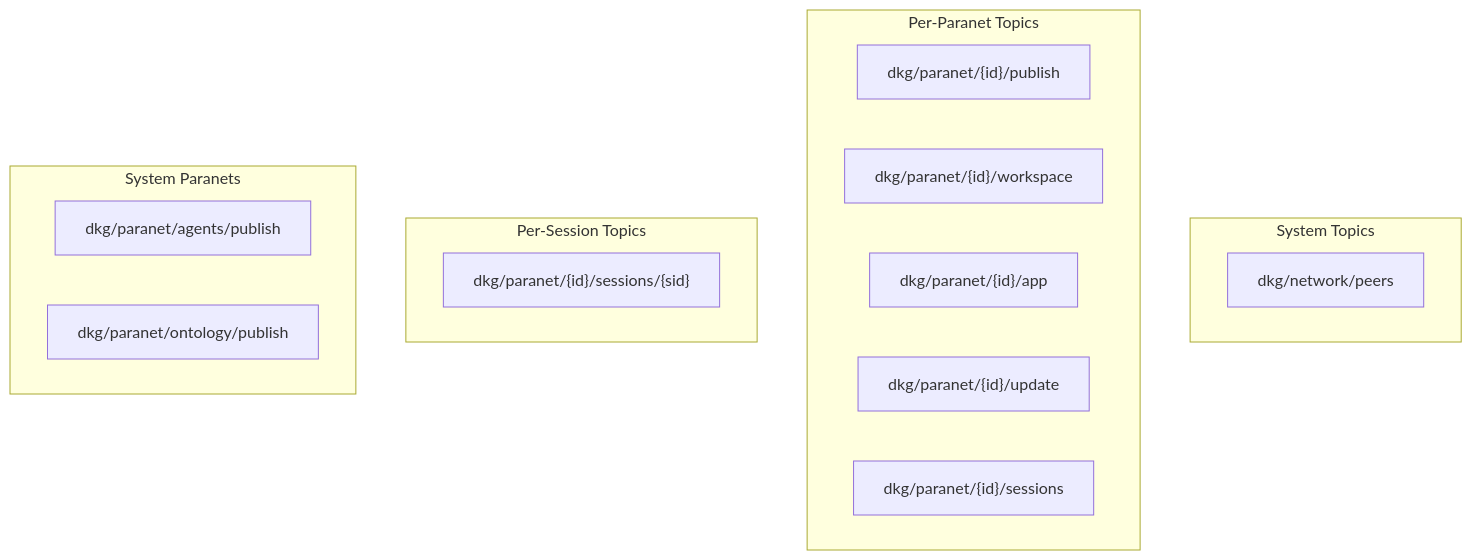
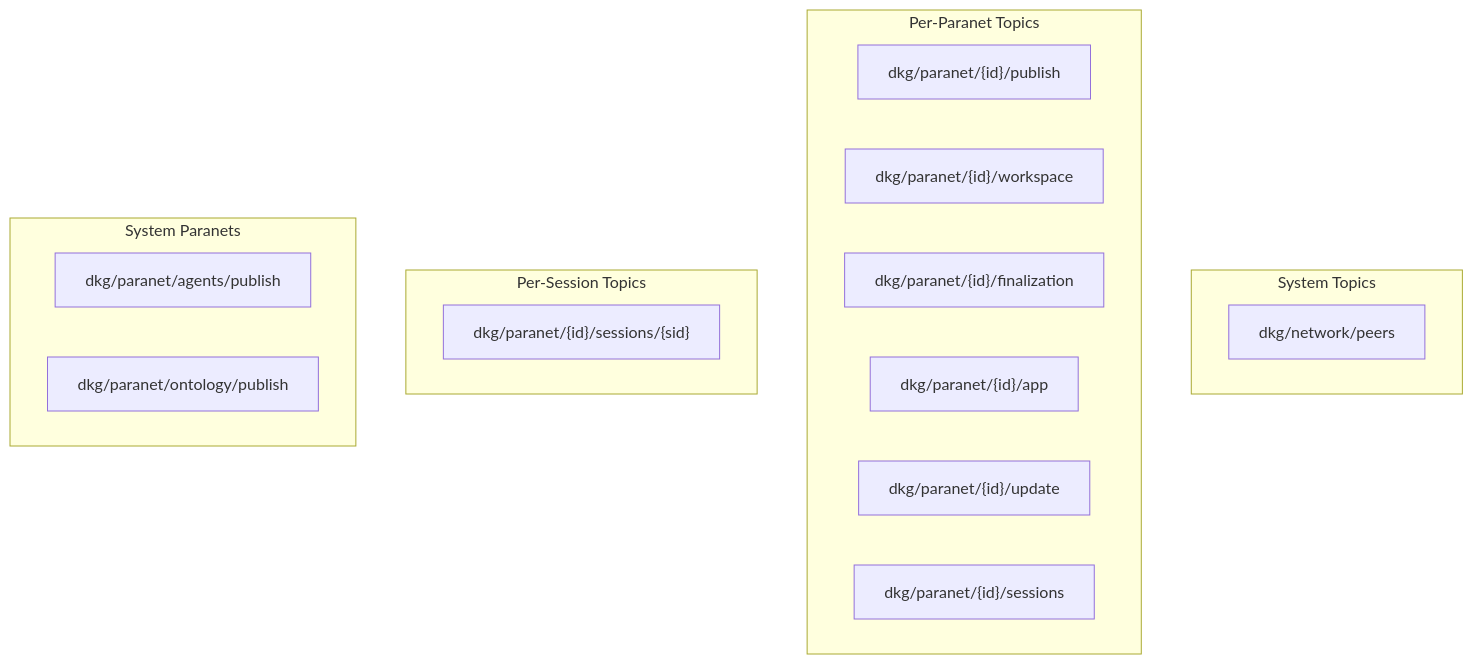
One commit to OriginTrail/dkg-v9 changed diagram 15 of 18 in docs/v9-protocol-operations.md. Above: the diagram before and after it, drawn with Mermaid. The commit also changed other lines of this file and 12 other files, not shown here.

````diff
--- a/docs/v9-protocol-operations.md
+++ b/docs/v9-protocol-operations.md
@@ -778,23 +1099,24 @@
 ```mermaid
 graph TB
     subgraph "System Topics"
         PEERS["dkg/network/peers"]
     end
 
     subgraph "Per-Paranet Topics"
         PUB["dkg/paranet/{id}/publish"]
         WS["dkg/paranet/{id}/workspace"]
+        FIN["dkg/paranet/{id}/finalization"]
         APP["dkg/paranet/{id}/app"]
         UPD["dkg/paranet/{id}/update"]
         SESS["dkg/paranet/{id}/sessions"]
     end
 
     subgraph "Per-Session Topics"
         S1["dkg/paranet/{id}/sessions/{sid}"]
     end
 
     subgraph "System Paranets"
         AGENTS["dkg/paranet/agents/publish"]
         ONTO["dkg/paranet/ontology/publish"]
     end
 ```
````
